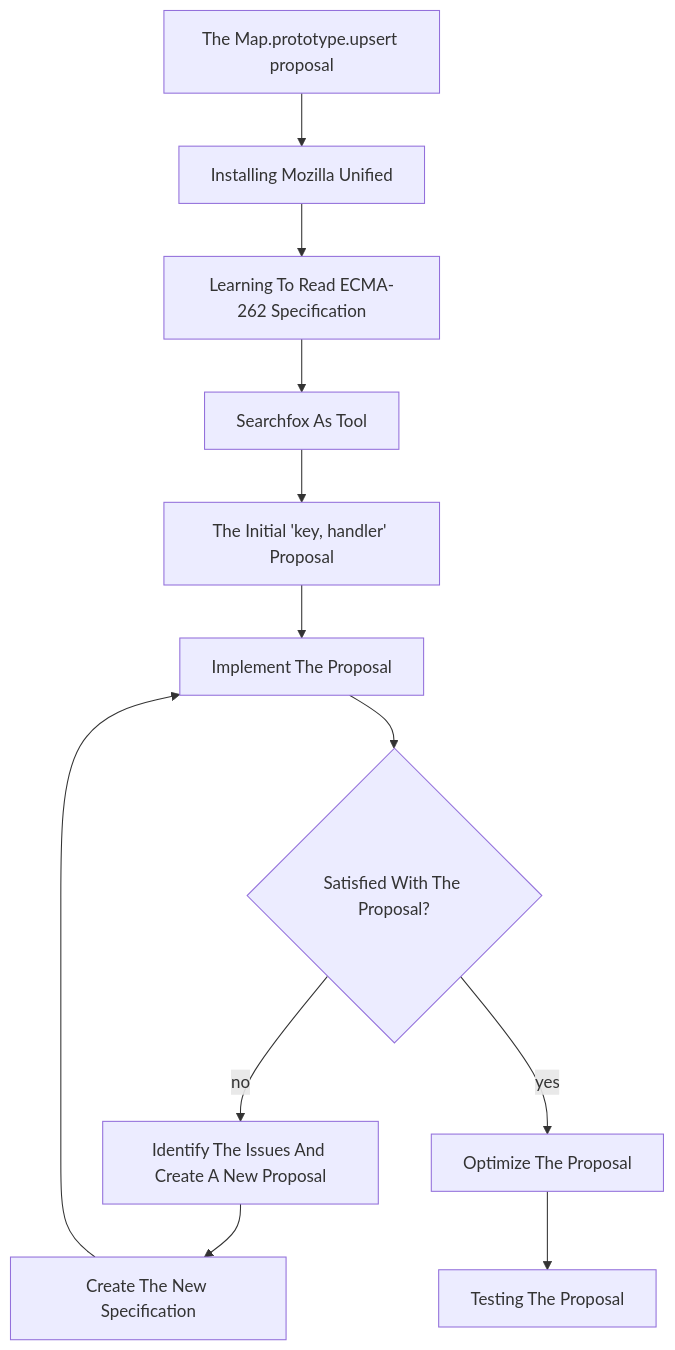
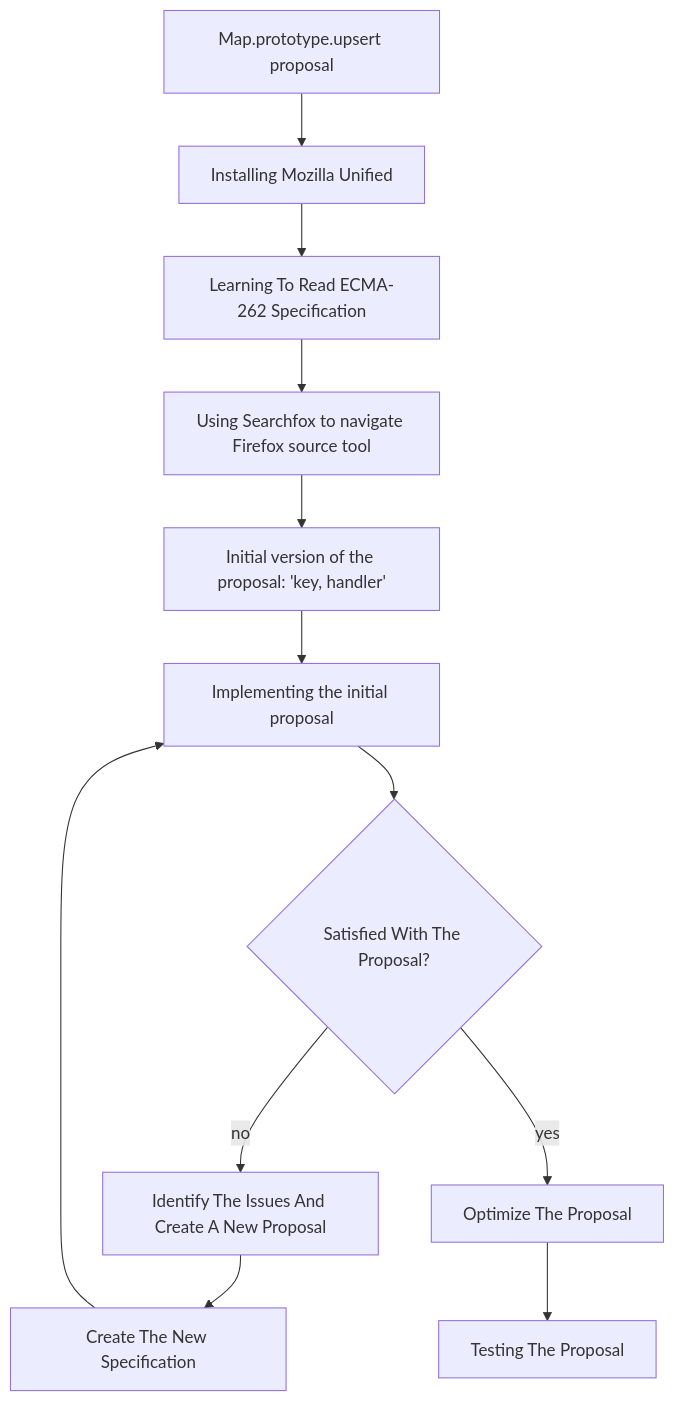
Before and after one commit to bldl/emplace-spidermonkey: the diagram in README.md, drawn with Mermaid. The commit also changed other lines of this file, not shown here.

````diff
--- a/README.md
+++ b/README.md
@@ -29,14 +42,14 @@
 ```mermaid
 flowchart TD
-  A[The Map.prototype.upsert proposal] --> B[Installing Mozilla Unified];
+  A[Map.prototype.upsert proposal] --> B[Installing Mozilla Unified];
   B --> C[Learning To Read ECMA-262 Specification];
-  C --> D[Searchfox As Tool];
-  D --> E[The Initial 'key, handler' Proposal];
-  E --> F[Implement The Proposal];
+  C --> D[Using Searchfox to navigate Firefox source tool];
+  D --> E[Initial version of the proposal: 'key, handler'];
+  E --> F[Implementing the initial proposal];
   F --> G{Satisfied With The Proposal?};
   G --> |no| H[Identify The Issues And Create A New Proposal];
   H --> I[Create The New Specification];
   I --> F;
   G --> |yes| J[Optimize The Proposal];
   J --> K[Testing The Proposal];
 ```
````
